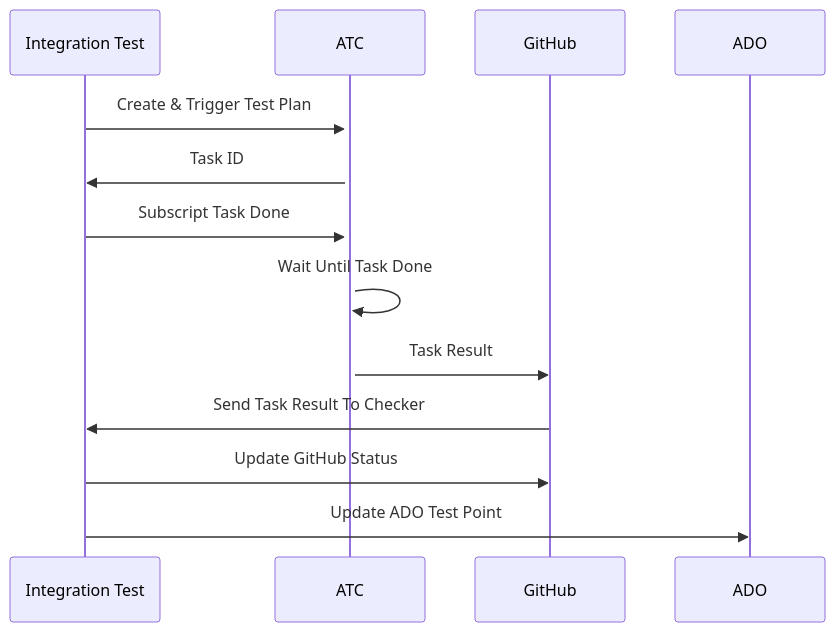
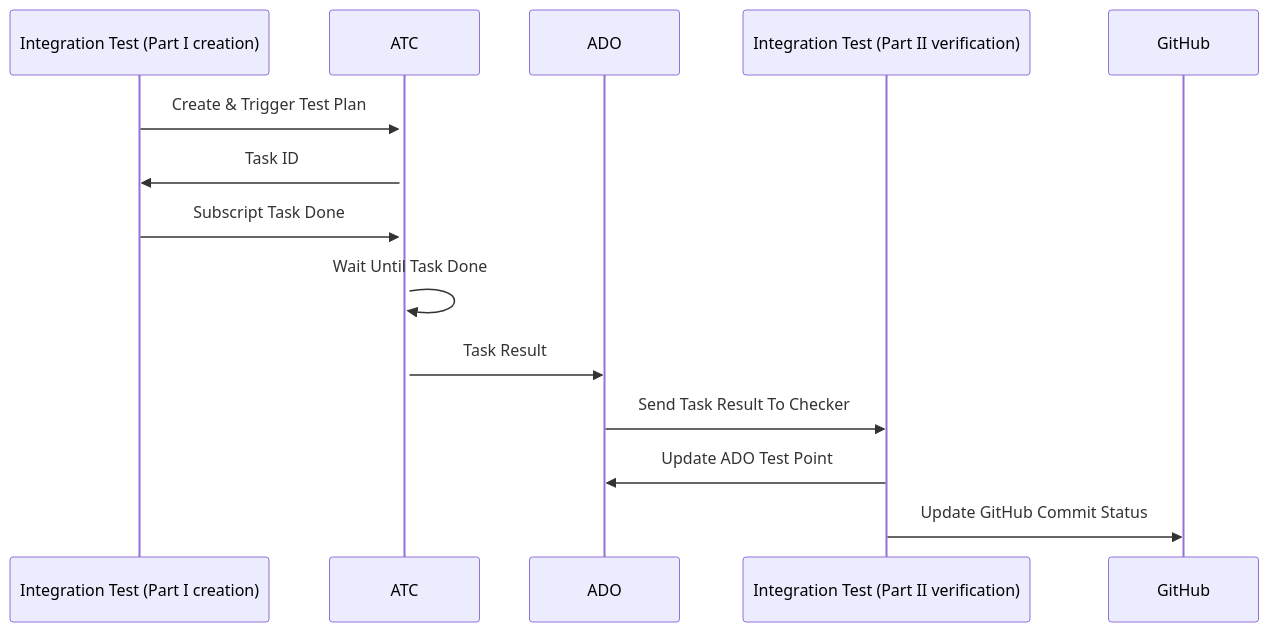
One commit to alex84425/Action-shuviVoice changed the second of 2 diagrams in README.md. Above: the diagram before and after it, drawn with Mermaid.

Commit message:
update flowchart

````diff
--- a/README.md
+++ b/README.md
@@ -210,11 +210,11 @@
 ```mermaid
 sequenceDiagram
-    Integration Test->>+ATC: Create & Trigger Test Plan
-    ATC->>Integration Test: Task ID
-    Integration Test->>ATC: Subscript Task Done
+    Integration Test (Part I creation)->>+ATC: Create & Trigger Test Plan
+    ATC->>Integration Test (Part I creation): Task ID
+    Integration Test (Part I creation)->>ATC: Subscript Task Done
     ATC->>ATC: Wait Until Task Done
-    ATC->>GitHub: Task Result
-    GitHub->>Integration Test: Send Task Result To Checker
-    Integration Test->>GitHub: Update GitHub Status
-    Integration Test->>ADO: Update ADO Test Point
+    ATC->>ADO: Task Result
+    ADO->>Integration Test (Part II verification): Send Task Result To Checker
+    Integration Test (Part II verification)->>ADO: Update ADO Test Point
+    Integration Test (Part II verification)->>GitHub: Update GitHub Commit Status
 ```
````
